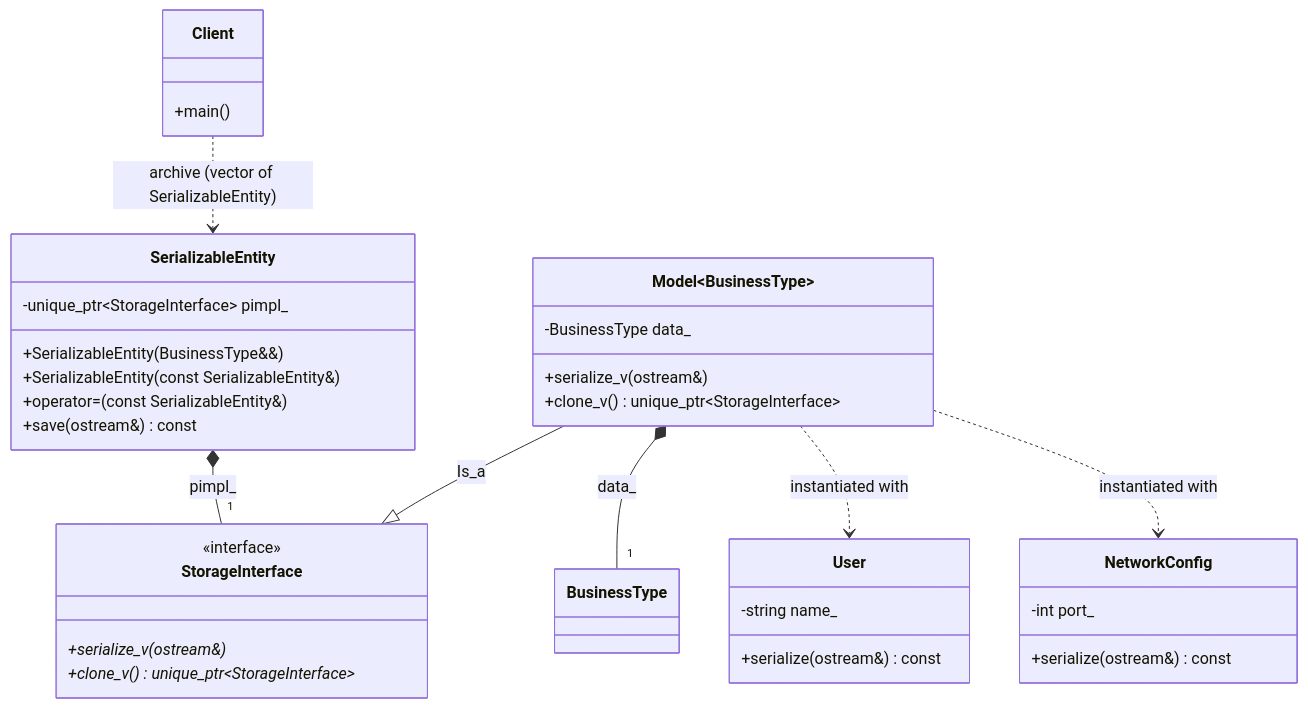
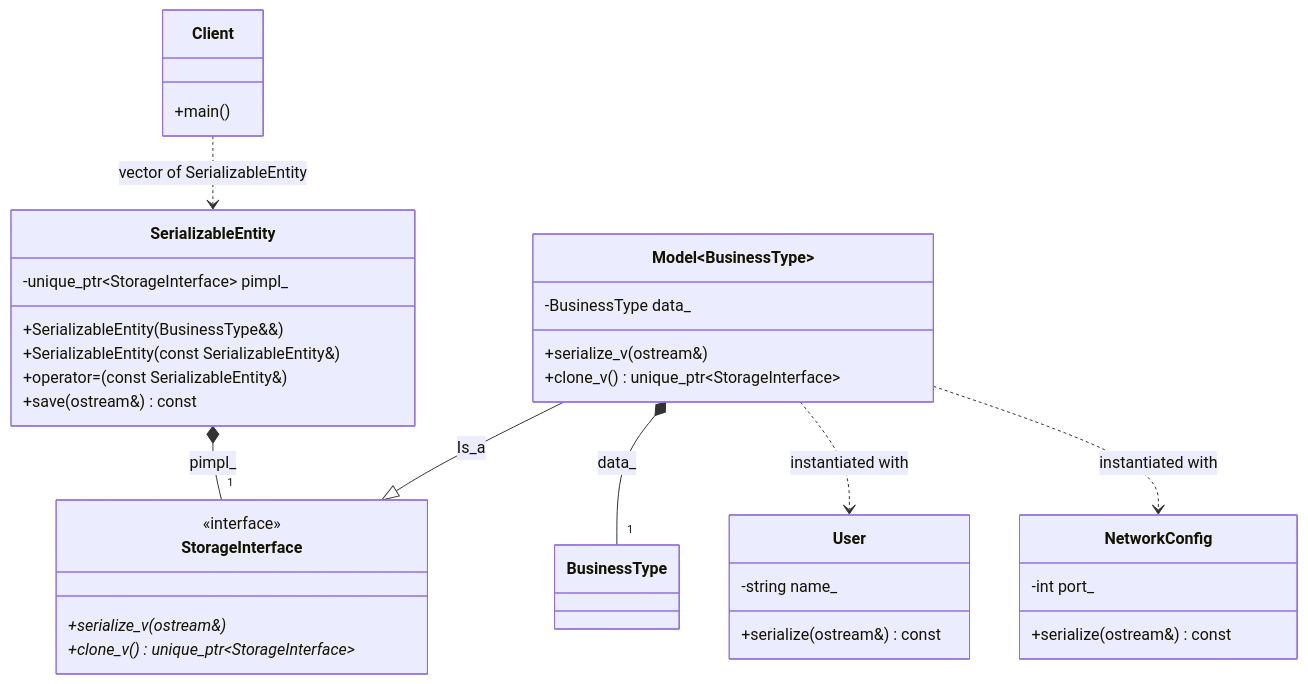
The diagram in 37_TypeErasure/01_NonIntrusiveSerialization/diagram.md (MarioGalindoQ/Modern-CPP-Design-Patterns), drawn with Mermaid before and after one commit.

Commit message:
Improve UML

````diff
--- a/37_TypeErasure/01_NonIntrusiveSerialization/diagram.md
+++ b/37_TypeErasure/01_NonIntrusiveSerialization/diagram.md
@@ -3,55 +3,55 @@
 ```mermaid
 classDiagram
    class SerializableEntity {
       -unique_ptr~StorageInterface~ pimpl_
       +SerializableEntity(BusinessType&&)
       +SerializableEntity(const SerializableEntity&)
       +operator=(const SerializableEntity&)
       +save(ostream&) const
    }
 
    class StorageInterface {
       <<interface>>
       +serialize_v(ostream&)*
       +clone_v()* unique_ptr~StorageInterface~
    }
 
    class Model~BusinessType~ {
       -BusinessType data_
       +serialize_v(ostream&)
       +clone_v() unique_ptr~StorageInterface~
    }
 
    class User {
       -string name_
       +serialize(ostream&) const
    }
 
    class NetworkConfig {
       -int port_
       +serialize(ostream&) const
    }
 
    class Client {
       +main()
    }
 
    %% Relationships using your symbology reference:
 
    %% The Wrapper owns the internal StorageInterface
    SerializableEntity *-- "1" StorageInterface : pimpl_
 
    %% The Model implements the StorageInterface (Inheritance)
    Model~BusinessType~ --|> StorageInterface : Is_a
 
    %% The Model owns the actual business data
    Model~BusinessType~ *-- "1" BusinessType : data_
 
    %% Business classes are independent (No inheritance)
    %% They are used by the Model template
    Model~BusinessType~ ..> User : instantiated with
    Model~BusinessType~ ..> NetworkConfig : instantiated with
 
    %% Client interacts with the Wrapper
-   Client ..> SerializableEntity : archive (vector of SerializableEntity)
+   Client ..> SerializableEntity : vector of SerializableEntity
 ```
````
